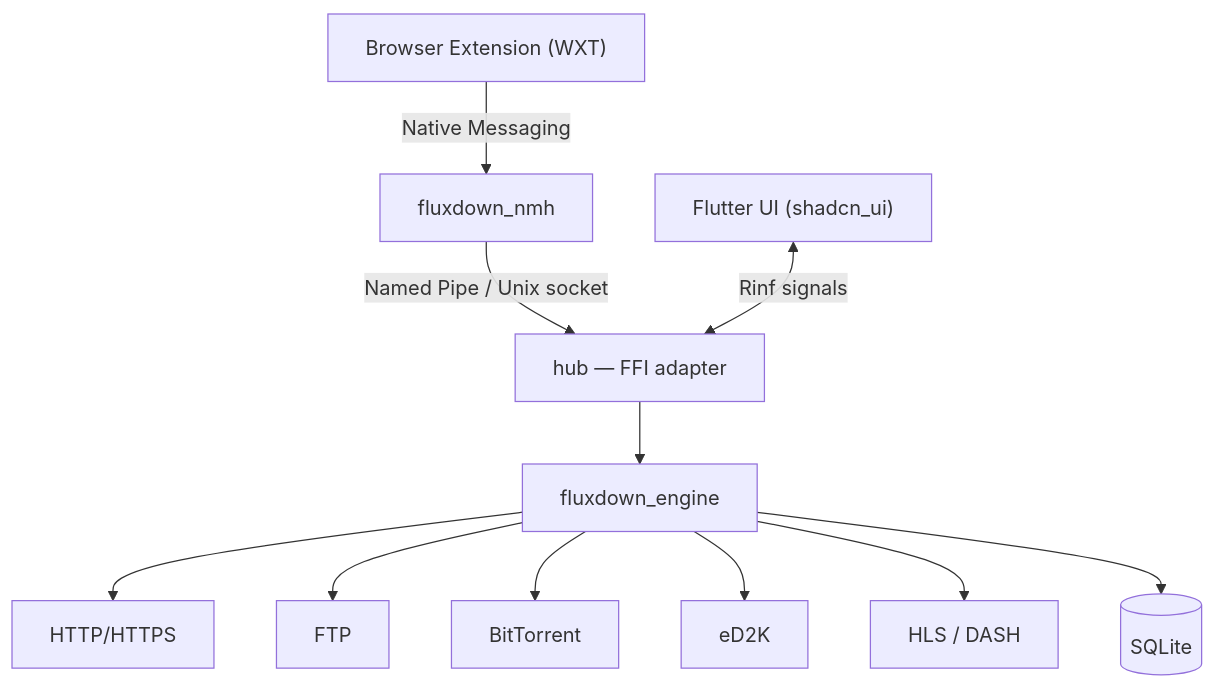
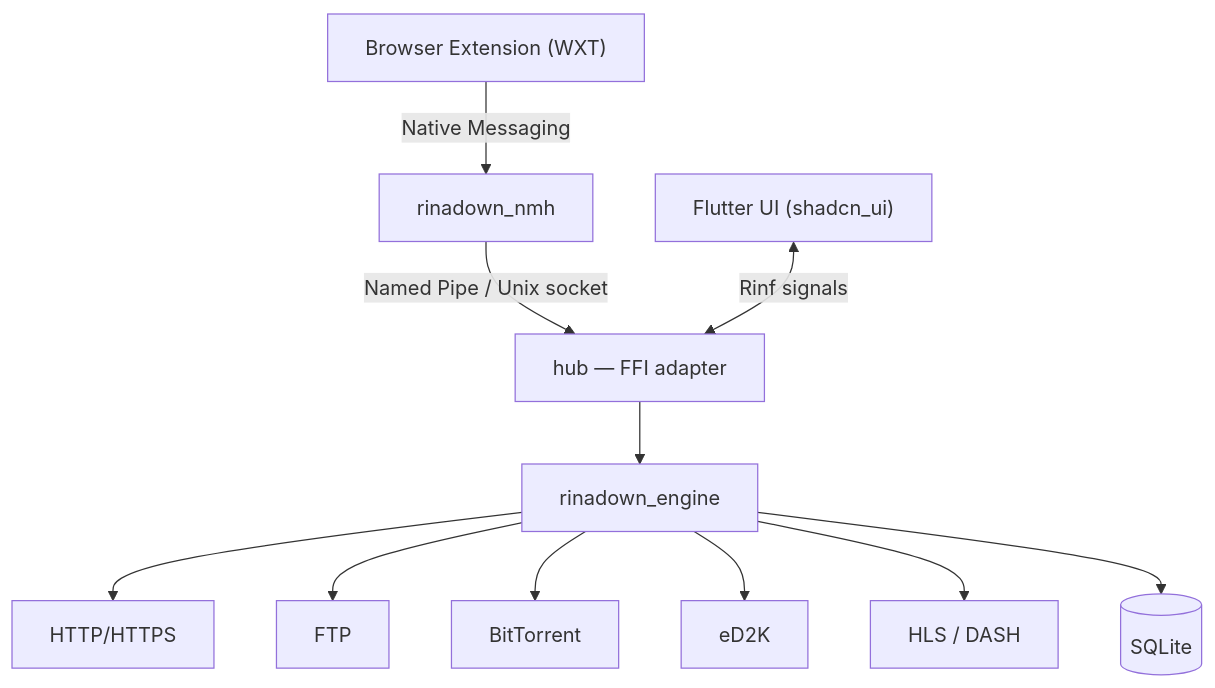
Before and after one commit to shengengfun/RinaDown: the diagram in README.md, drawn with Mermaid. The commit also changed other lines of this file and 738 other files, not shown here.

````diff
--- a/README.md
+++ b/README.md
@@ -136,13 +136,13 @@
 ```mermaid
 flowchart TD
-    EXT["Browser Extension (WXT)"] -->|Native Messaging| NMH["fluxdown_nmh"]
+    EXT["Browser Extension (WXT)"] -->|Native Messaging| NMH["rinadown_nmh"]
     NMH -->|Named Pipe / Unix socket| HUB
     UI["Flutter UI (shadcn_ui)"] <-->|Rinf signals| HUB["hub — FFI adapter"]
-    HUB --> ENGINE["fluxdown_engine"]
+    HUB --> ENGINE["rinadown_engine"]
     ENGINE --> HTTP["HTTP/HTTPS"]
     ENGINE --> FTP["FTP"]
     ENGINE --> BT["BitTorrent"]
     ENGINE --> ED2K["eD2K"]
     ENGINE --> HLS["HLS / DASH"]
     ENGINE --> DB[("SQLite")]
 ```
````
